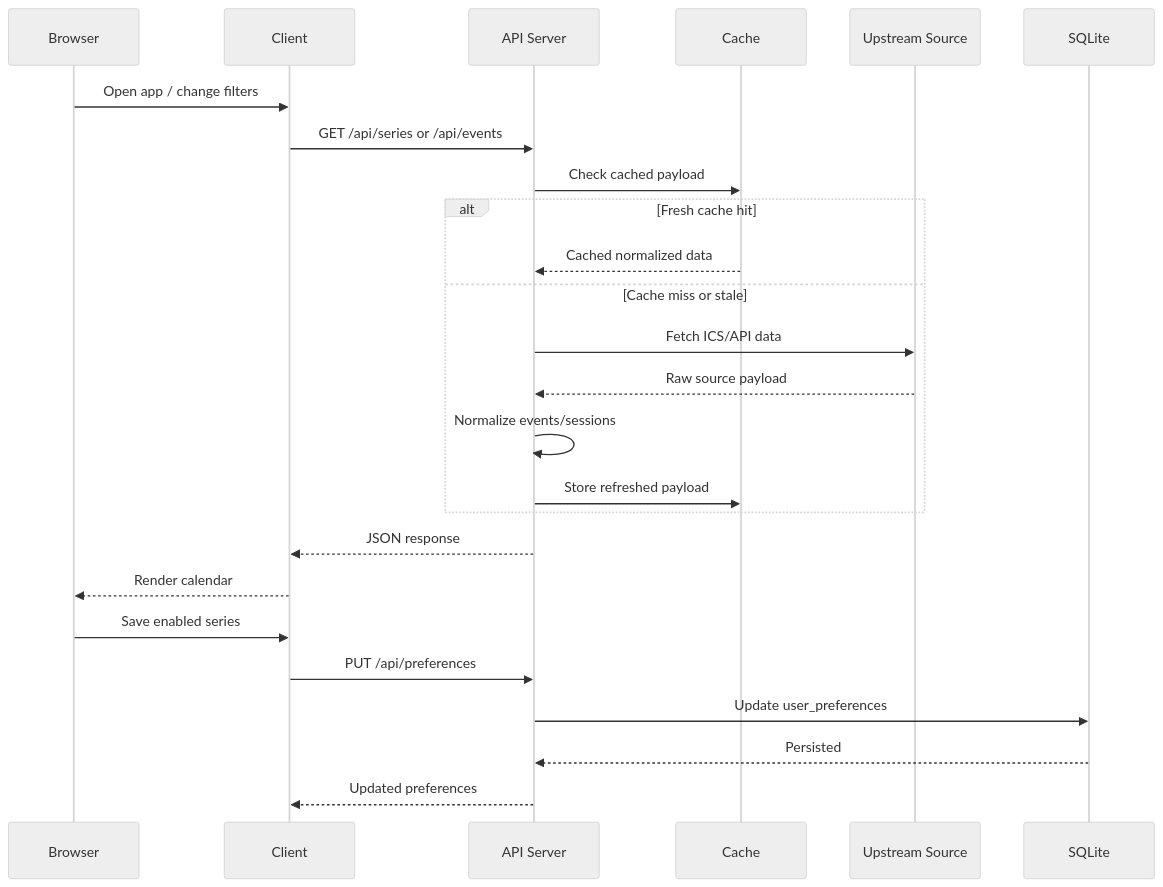
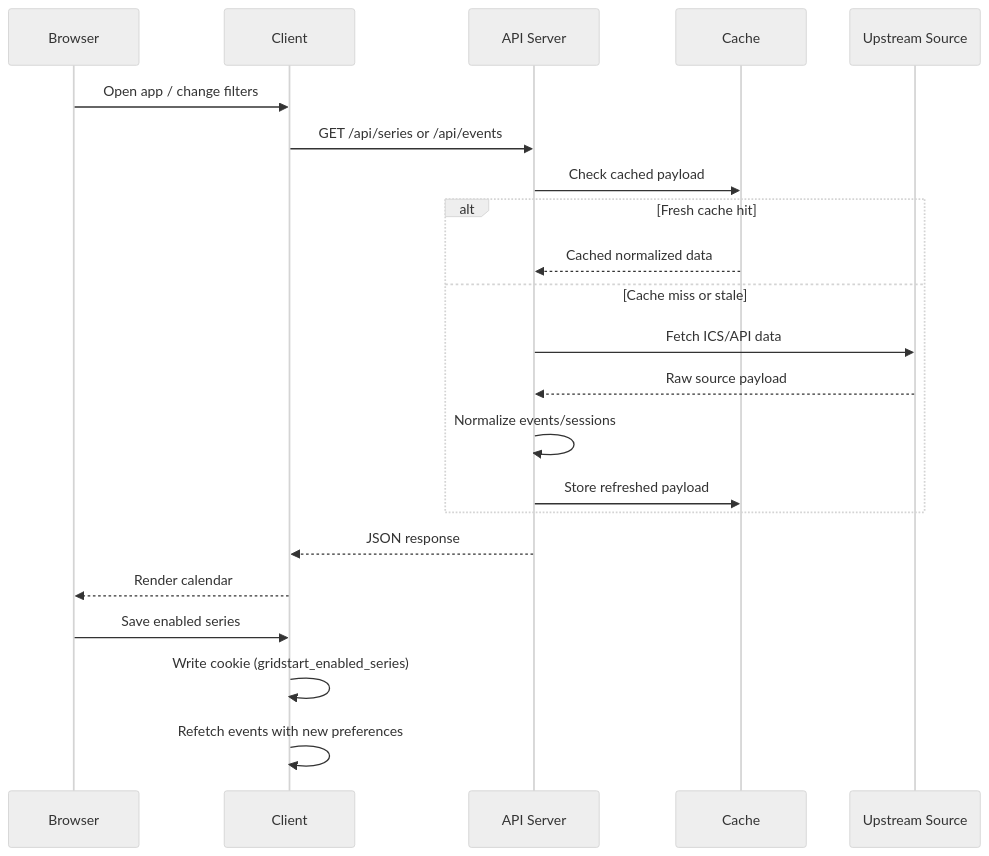
One commit to mblancolabs/gridstart changed the third of 4 diagrams in docs/ARCHITECTURE.md. Above: the diagram before and after it, drawn with Mermaid (neutral theme). The commit also changed other lines of this file and 25 other files, not shown here.

````diff
--- a/docs/ARCHITECTURE.md
+++ b/docs/ARCHITECTURE.md
@@ -79,29 +77,26 @@
 ```mermaid
 sequenceDiagram
     participant B as Browser
     participant C as Client
     participant A as API Server
     participant X as Cache
     participant U as Upstream Source
-    participant D as SQLite
 
     B->>C: Open app / change filters
     C->>A: GET /api/series or /api/events
     A->>X: Check cached payload
     alt Fresh cache hit
         X-->>A: Cached normalized data
     else Cache miss or stale
         A->>U: Fetch ICS/API data
         U-->>A: Raw source payload
         A->>A: Normalize events/sessions
         A->>X: Store refreshed payload
     end
     A-->>C: JSON response
     C-->>B: Render calendar
 
     B->>C: Save enabled series
-    C->>A: PUT /api/preferences
-    A->>D: Update user_preferences
-    D-->>A: Persisted
-    A-->>C: Updated preferences
+    C->>C: Write cookie (gridstart_enabled_series)
+    C->>C: Refetch events with new preferences
 ```
````
